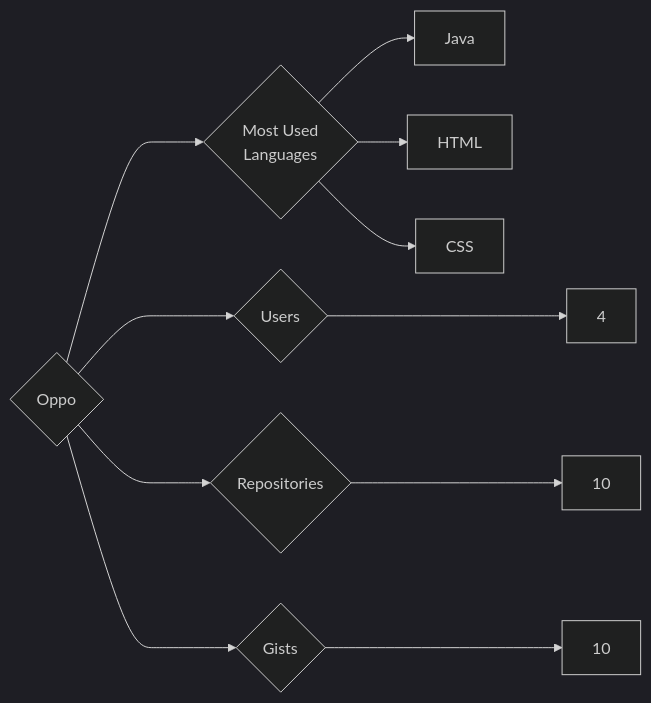
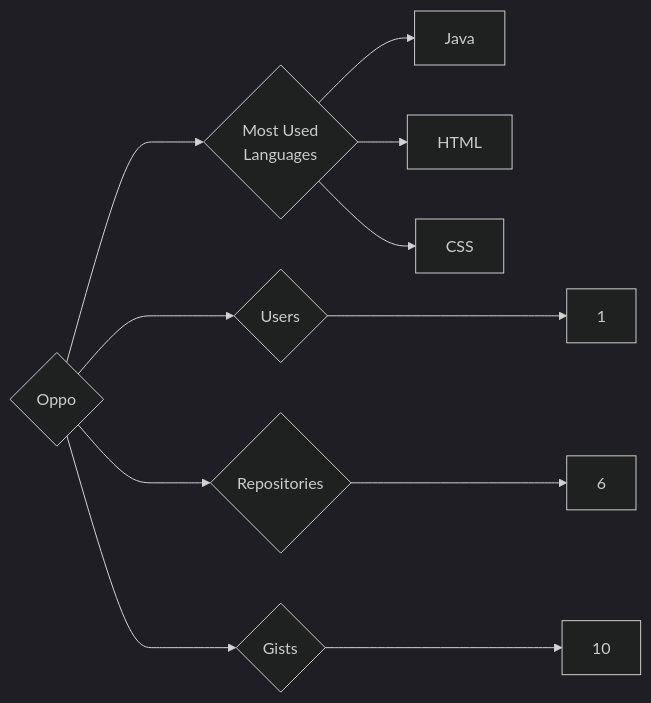
The diagram in targets/Oppo/README.md (trickest/insiders), drawn with Mermaid (dark theme) before and after one commit. The commit also changed 534 other files, not shown here.

````diff
--- a/targets/Oppo/README.md
+++ b/targets/Oppo/README.md
@@ -3,11 +3,11 @@
 ```mermaid
 graph LR
 COMPANY_NAME{Oppo}
-COMPANY_NAME ---> U{Users} ---> UN[4]
-COMPANY_NAME ---> R{Repositories} ---> RN[10]
+COMPANY_NAME ---> U{Users} ---> UN[1]
+COMPANY_NAME ---> R{Repositories} ---> RN[6]
 COMPANY_NAME ---> G{Gists} ---> GN[10]
 COMPANY_NAME ---> ML{Most Used<br>Languages}
 ML --> Java[Java]
 ML --> HTML[HTML]
 ML --> CSS[CSS]
 ```
````
